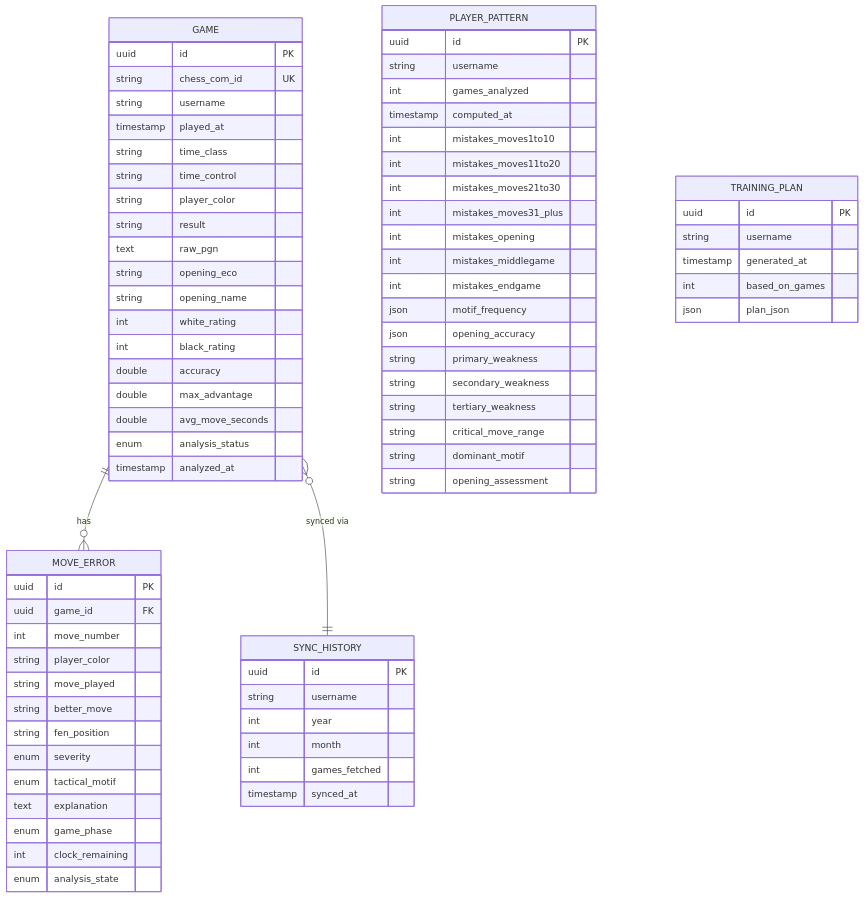
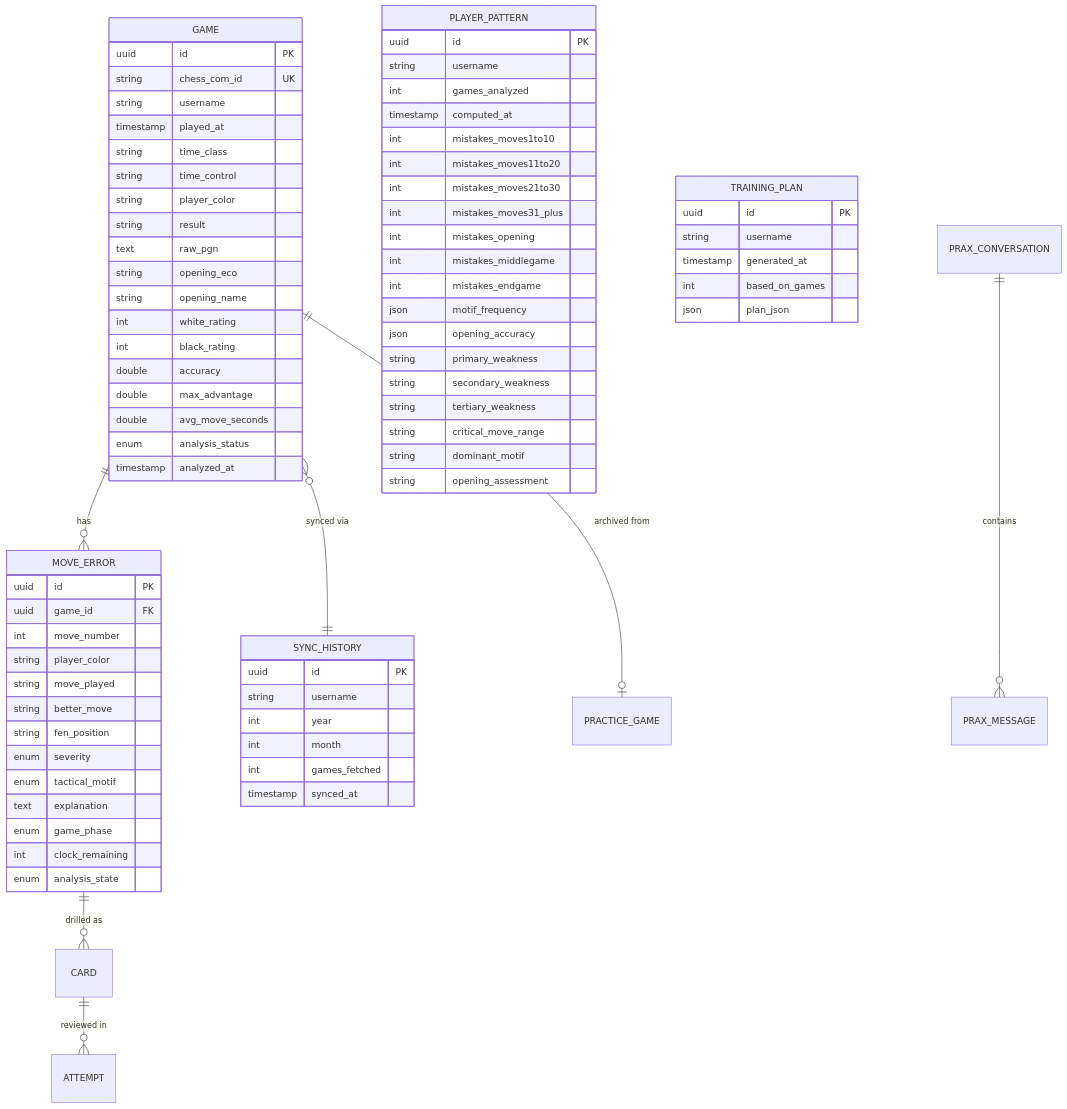
One commit to Praxis-Chess/Praxis-Chess changed the second of 15 diagrams in ARCHITECTURE.md. Above: the diagram before and after it, drawn with Mermaid. The commit also changed other lines of this file and 183 other files, not shown here.

````diff
--- a/ARCHITECTURE.md
+++ b/ARCHITECTURE.md
@@ -243,4 +253,8 @@
 
     GAME ||--o{ MOVE_ERROR : "has"
     GAME }o--|| SYNC_HISTORY : "synced via"
+    GAME ||--o| PRACTICE_GAME : "archived from"
+    MOVE_ERROR ||--o{ CARD : "drilled as"
+    CARD ||--o{ ATTEMPT : "reviewed in"
+    PRAX_CONVERSATION ||--o{ PRAX_MESSAGE : "contains"
 ```
````
